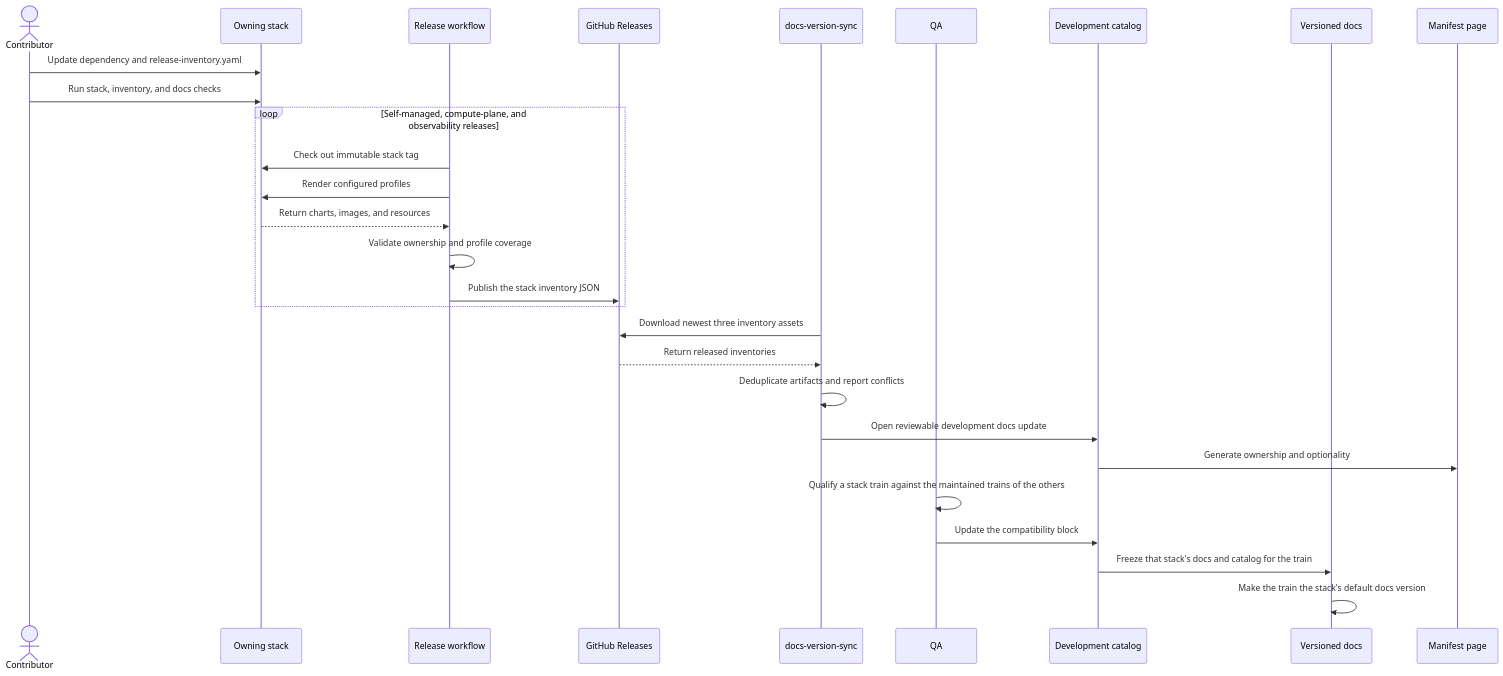
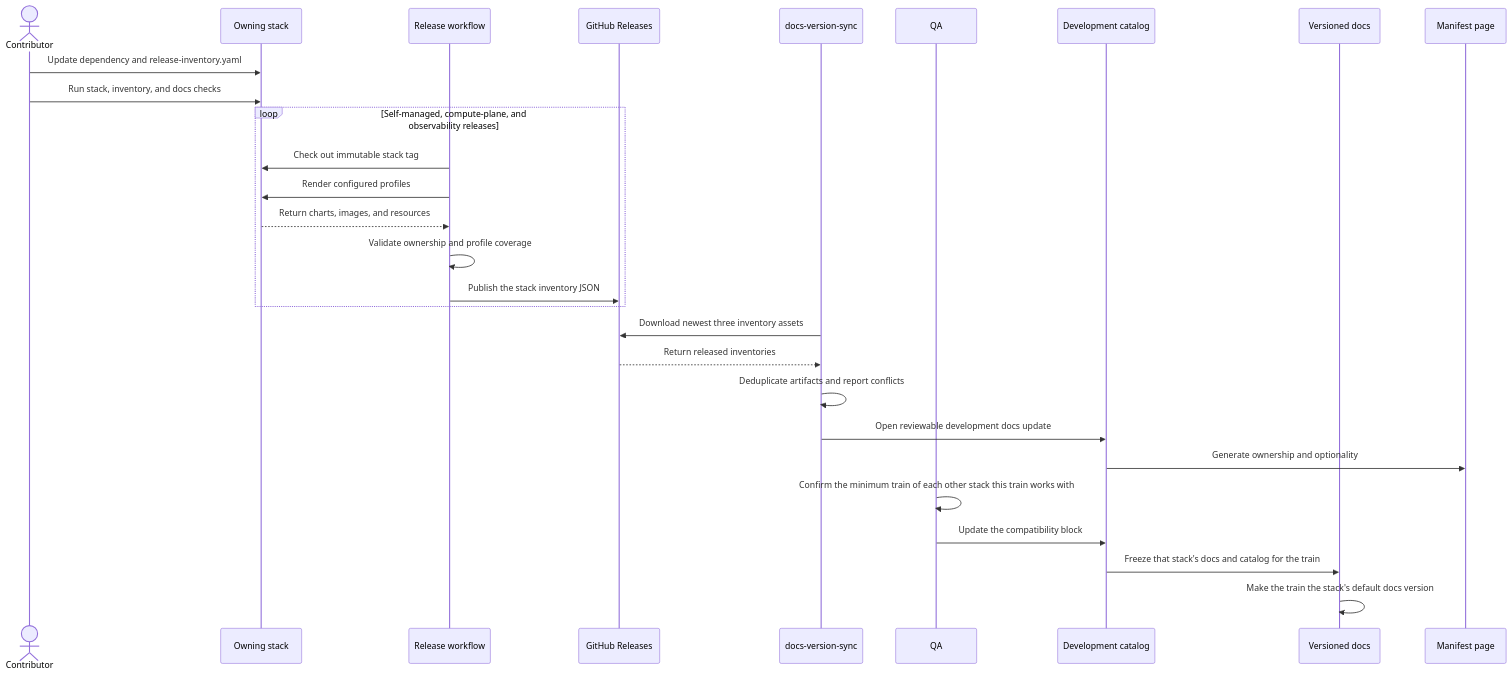
One commit to NVIDIA/nvcf changed the diagram in deploy/stacks/INVENTORY.md. Above: the diagram before and after it, drawn with Mermaid. The commit also changed 7 other files, not shown here.

First line of the commit message:
feat(docs): express stack compatibility as minimum trains

````diff
--- a/deploy/stacks/INVENTORY.md
+++ b/deploy/stacks/INVENTORY.md
@@ -51,34 +51,34 @@
 ```mermaid
 sequenceDiagram
     actor Contributor
     participant Stack as Owning stack
     participant Release as Release workflow
     participant Assets as GitHub Releases
     participant Sync as docs-version-sync
     participant QA
     participant Catalog as Development catalog
     participant Stable as Versioned docs
     participant Manifest as Manifest page
 
     Contributor->>Stack: Update dependency and release-inventory.yaml
     Contributor->>Stack: Run stack, inventory, and docs checks
 
     loop Self-managed, compute-plane, and observability releases
         Release->>Stack: Check out immutable stack tag
         Release->>Stack: Render configured profiles
         Stack-->>Release: Return charts, images, and resources
         Release->>Release: Validate ownership and profile coverage
         Release->>Assets: Publish the stack inventory JSON
     end
 
     Sync->>Assets: Download newest three inventory assets
     Assets-->>Sync: Return released inventories
     Sync->>Sync: Deduplicate artifacts and report conflicts
     Sync->>Catalog: Open reviewable development docs update
     Catalog->>Manifest: Generate ownership and optionality
 
-    QA->>QA: Qualify a stack train against the maintained trains of the others
+    QA->>QA: Confirm the minimum train of each other stack this train works with
     QA->>Catalog: Update the compatibility block
     Catalog->>Stable: Freeze that stack's docs and catalog for the train
     Stable->>Stable: Make the train the stack's default docs version
 ```
````
